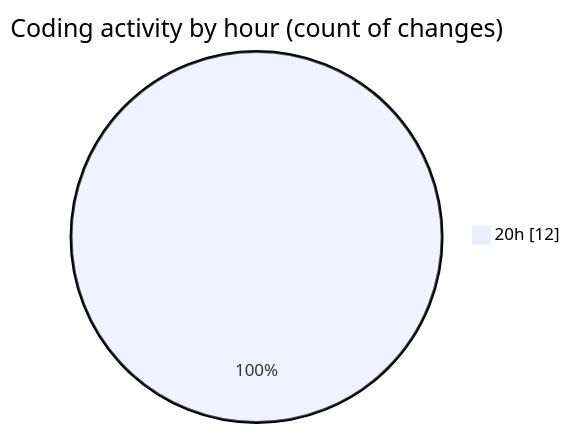
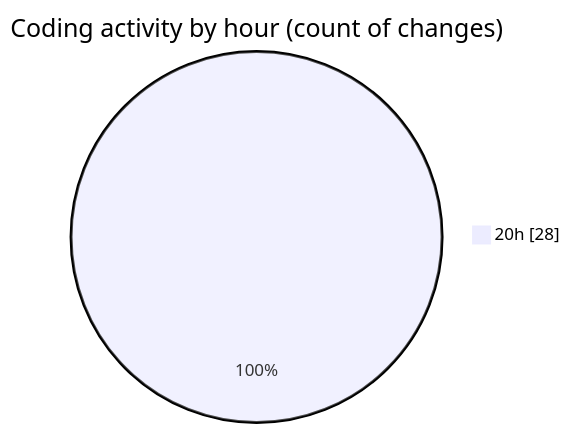
One commit to IJAZ3593/code-tracking changed the second of 2 diagrams in 2025-09-03/deep/README.md. Above: the diagram before and after it, drawn with Mermaid. The commit also changed other lines of this file and 1 other file, not shown here.

````diff
--- a/2025-09-03/deep/README.md
+++ b/2025-09-03/deep/README.md
@@ -40,5 +45,5 @@
 ```mermaid
 pie showData
 title Coding activity by hour (count of changes)
-"20h" : 12
+"20h" : 28
 ```
````
